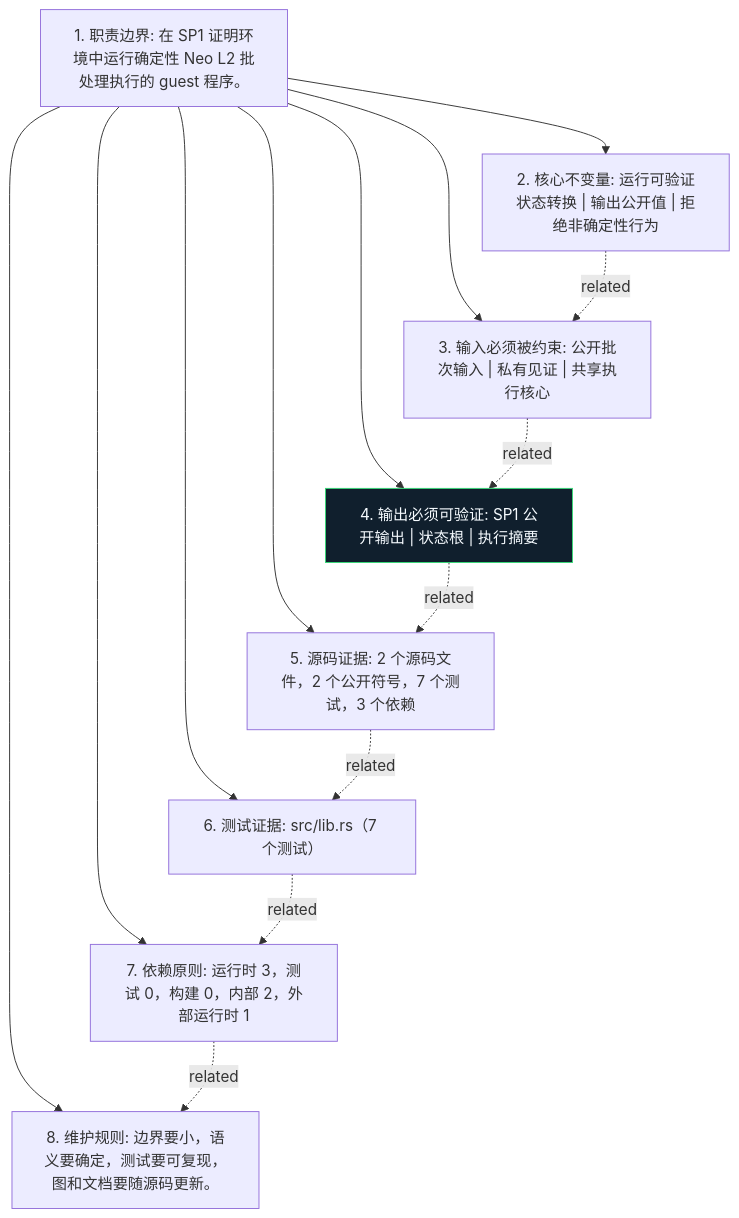
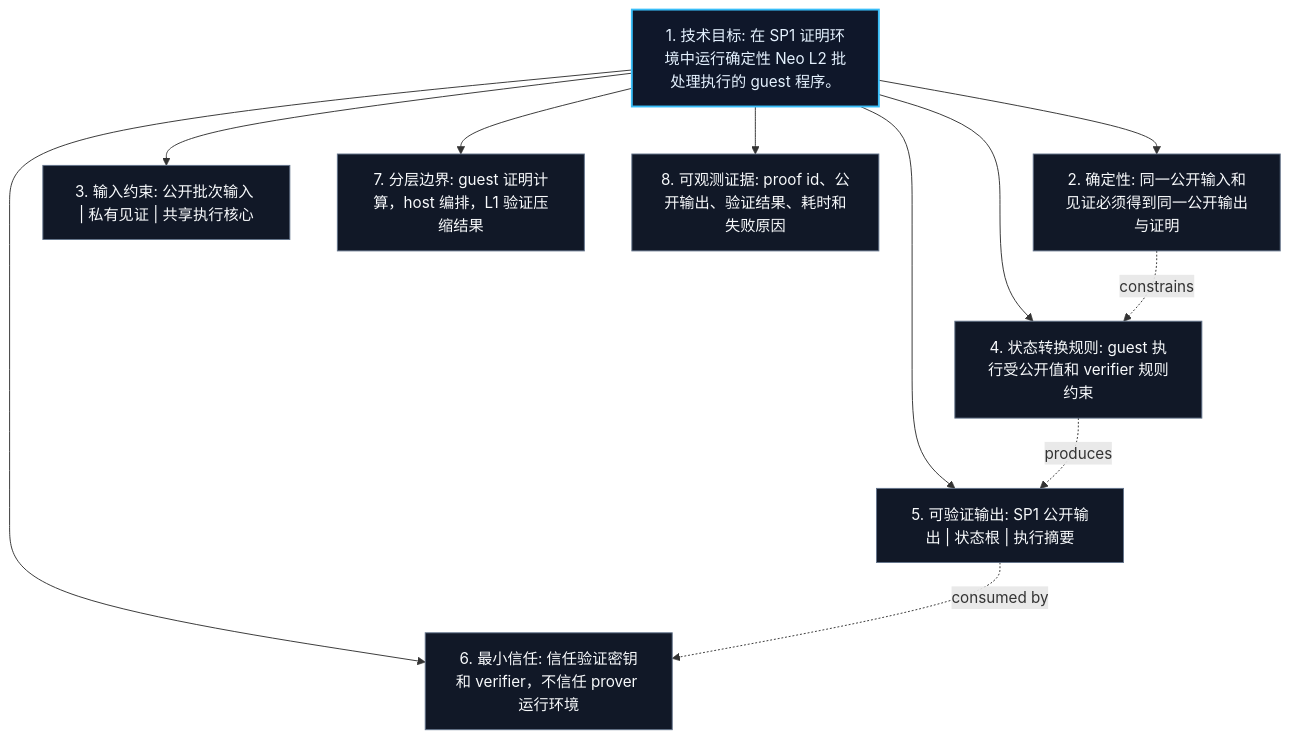
Before and after one commit to r3e-network/neo-n4: the diagram in bridge/neo-zkvm-guest/docs/figures/principles.zh.mmd, drawn with Mermaid. The commit also changed 515 other files, not shown here.

Commit message:
Replace crate diagrams with technical views

```diff
--- a/bridge/neo-zkvm-guest/docs/figures/principles.zh.mmd
+++ b/bridge/neo-zkvm-guest/docs/figures/principles.zh.mmd
@@ -1,24 +1,23 @@
 flowchart TB
-    N1["1. 职责边界: 在 SP1 证明环境中运行确定性 Neo L2 批处理执行的 guest 程序。"]
-    N2["2. 核心不变量: 运行可验证状态转换 | 输出公开值 | 拒绝非确定性行为"]
-    N3["3. 输入必须被约束: 公开批次输入 | 私有见证 | 共享执行核心"]
-    N4["4. 输出必须可验证: SP1 公开输出 | 状态根 | 执行摘要"]
-    N5["5. 源码证据: 2 个源码文件，2 个公开符号，7 个测试，3 个依赖"]
-    N6["6. 测试证据: src/lib.rs（7 个测试）"]
-    N7["7. 依赖原则: 运行时 3，测试 0，构建 0，内部 2，外部运行时 1"]
-    N8["8. 维护规则: 边界要小，语义要确定，测试要可复现，图和文档要随源码更新。"]
+    N1["1. 技术目标: 在 SP1 证明环境中运行确定性 Neo L2 批处理执行的 guest 程序。"]
+    N2["2. 确定性: 同一公开输入和见证必须得到同一公开输出与证明"]
+    N3["3. 输入约束: 公开批次输入 | 私有见证 | 共享执行核心"]
+    N4["4. 状态转换规则: guest 执行受公开值和 verifier 规则约束"]
+    N5["5. 可验证输出: SP1 公开输出 | 状态根 | 执行摘要"]
+    N6["6. 最小信任: 信任验证密钥和 verifier，不信任 prover 运行环境"]
+    N7["7. 分层边界: guest 证明计算，host 编排，L1 验证压缩结果"]
+    N8["8. 可观测证据: proof id、公开输出、验证结果、耗时和失败原因"]
     N1 --> N2
     N1 --> N3
     N1 --> N4
     N1 --> N5
     N1 --> N6
     N1 --> N7
     N1 --> N8
-    N2 -. related .-> N3
-    N3 -. related .-> N4
-    N4 -. related .-> N5
-    N5 -. related .-> N6
-    N6 -. related .-> N7
-    N7 -. related .-> N8
-    classDef crate fill:#101f2d,stroke:#38d978,color:#f6fbff
-    class N4 crate
+    N2 -. constrains .-> N4
+    N4 -. produces .-> N5
+    N5 -. consumed by .-> N6
+    classDef core fill:#0f172a,stroke:#38bdf8,color:#e5f2ff,stroke-width:2px;
+    classDef support fill:#111827,stroke:#64748b,color:#f8fafc;
+    class N1 core;
+    class N2,N3,N4,N5,N6,N7,N8 support;
```
